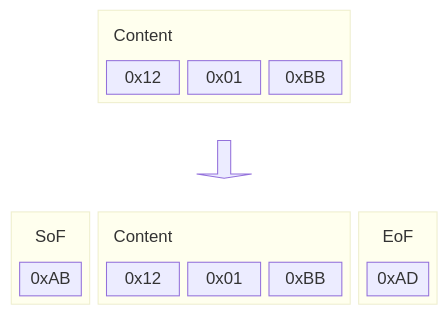
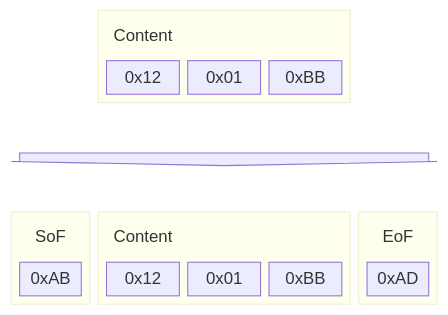
Before and after one commit to a21step3/zmk: the first of 2 diagrams in docs/docs/development/studio-rpc-protocol.md, drawn with Mermaid. The commit also changed other lines of this file and 1389 other files, not shown here.

````diff
--- a/docs/docs/development/studio-rpc-protocol.md
+++ b/docs/docs/development/studio-rpc-protocol.md
@@ -37,41 +37,41 @@
 ```mermaid
-block
+block-beta
   columns 5
 
   space:1
   block:group1:3
     columns 3
     contentLabel["Content"]:1 space:2
     OrigA["0x12"] OrigB["0x01"] OrigC["0xBB"]
   end
 
   space
 
-  space:2 downArrow<["&nbsp;"]>(down) space:2
+  down<[" "]>(down):5
 
   block:groupSoF:1
     columns 1
     SoFLabel["SoF"]
     SoF["0xAB"]
   end
 
   block:group2:3
     columns 3
     contentLabel2["Content"]:1 space:2
     EncA["0x12"]
     EncB["0x01"]
     EncC["0xBB"]
   end
   block:groupEoF:1
     columns 1
     EoFLabel["EoF"]
     0xAD
   end
 
   class contentLabel boxLabel
   class contentLabel2 boxLabel
   class SoFLabel boxLabel
   class EoFLabel boxLabel
 
   classDef boxLabel stroke:transparent,fill:transparent
 ```
````
